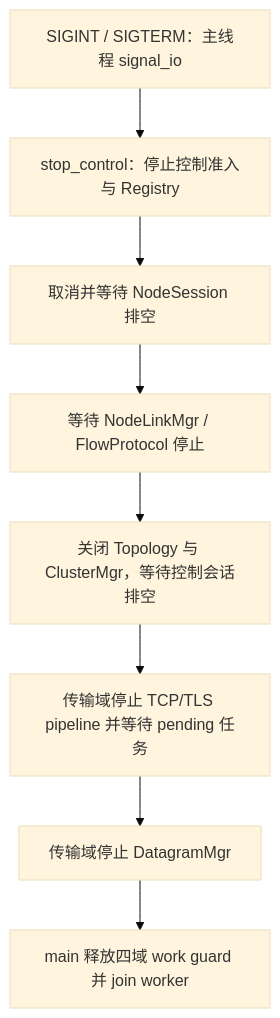
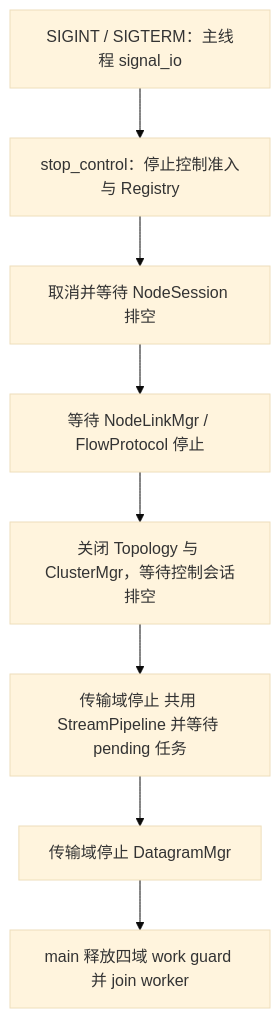
One commit to Xtinc/relayweave changed diagram 20 of 20 in docs/RelayWeave设计.md. Above: the diagram before and after it, drawn with Mermaid (base theme). The commit also changed other lines of this file and 62 other files, not shown here.

````diff
--- a/docs/RelayWeave设计.md
+++ b/docs/RelayWeave设计.md
@@ -1368,14 +1377,14 @@
 ```mermaid
 flowchart TD
     Signal["SIGINT / SIGTERM：主线程 signal_io"] --> Control["stop_control：停止控制准入与 Registry"]
     Control --> Relays["取消并等待 NodeSession 排空"]
     Relays --> Links["等待 NodeLinkMgr / FlowProtocol 停止"]
     Cluster["关闭 Topology 与 ClusterMgr，等待控制会话排空"]
     Links --> Cluster
-    TCP["传输域停止 TCP/TLS pipeline 并等待 pending 任务"]
+    TCP["传输域停止 共用 StreamPipeline 并等待 pending 任务"]
     Cluster --> TCP
     UDP["传输域停止 DatagramMgr"]
     TCP --> UDP
     Join["main 释放四域 work guard 并 join worker"]
     UDP --> Join
 ```
````
